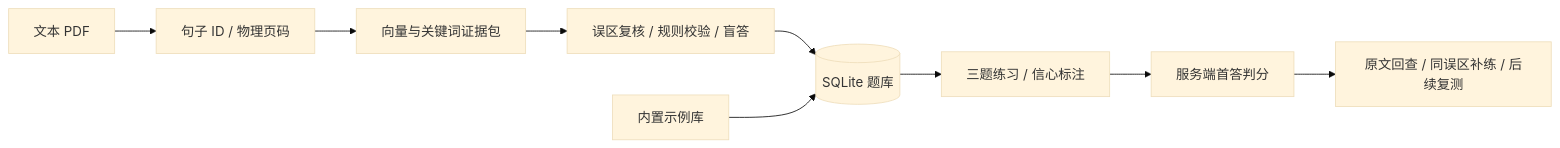
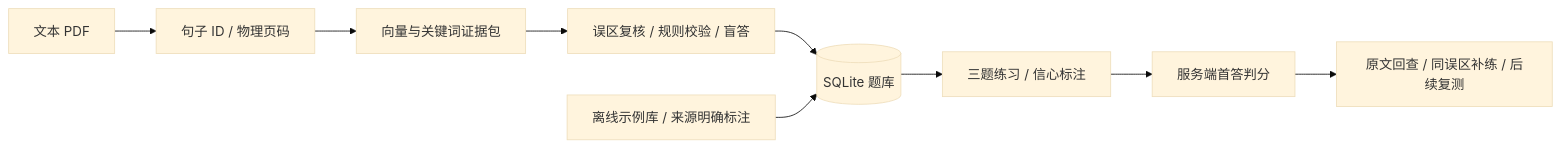
One commit to rbtrenbingtan/AI-WEB changed the diagram in README.md. Above: the diagram before and after it, drawn with Mermaid (base theme). The commit also changed other lines of this file and 6 other files, not shown here.

````diff
--- a/README.md
+++ b/README.md
@@ -33,11 +24,11 @@
 ```mermaid
 flowchart LR
   PDF[文本 PDF] --> SENT[句子 ID / 物理页码]
   SENT --> EVIDENCE[向量与关键词证据包]
   EVIDENCE --> QUALITY[误区复核 / 规则校验 / 盲答]
   QUALITY --> DB[(SQLite 题库)]
-  SEED[内置示例库] --> DB
+  SEED[离线示例库 / 来源明确标注] --> DB
   DB --> QUIZ[三题练习 / 信心标注]
   QUIZ --> GRADE[服务端首答判分]
   GRADE --> LOOP[原文回查 / 同误区补练 / 后续复测]
 ```
````
